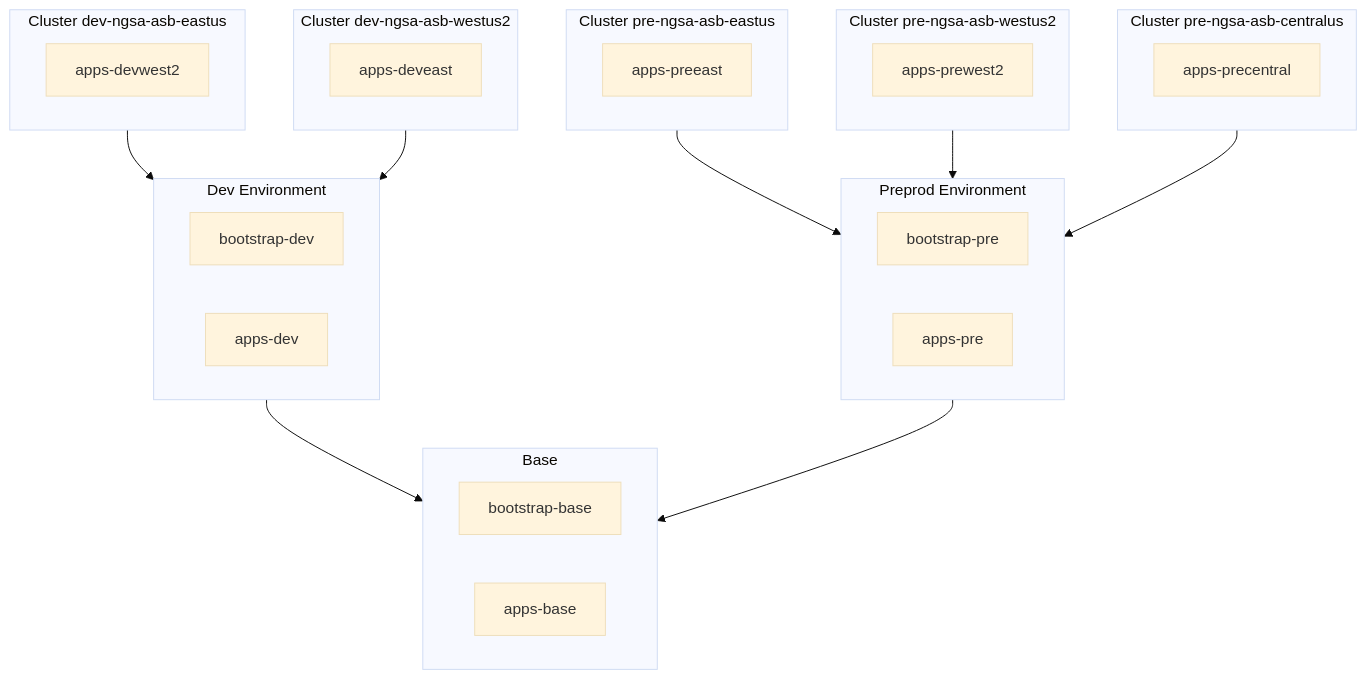
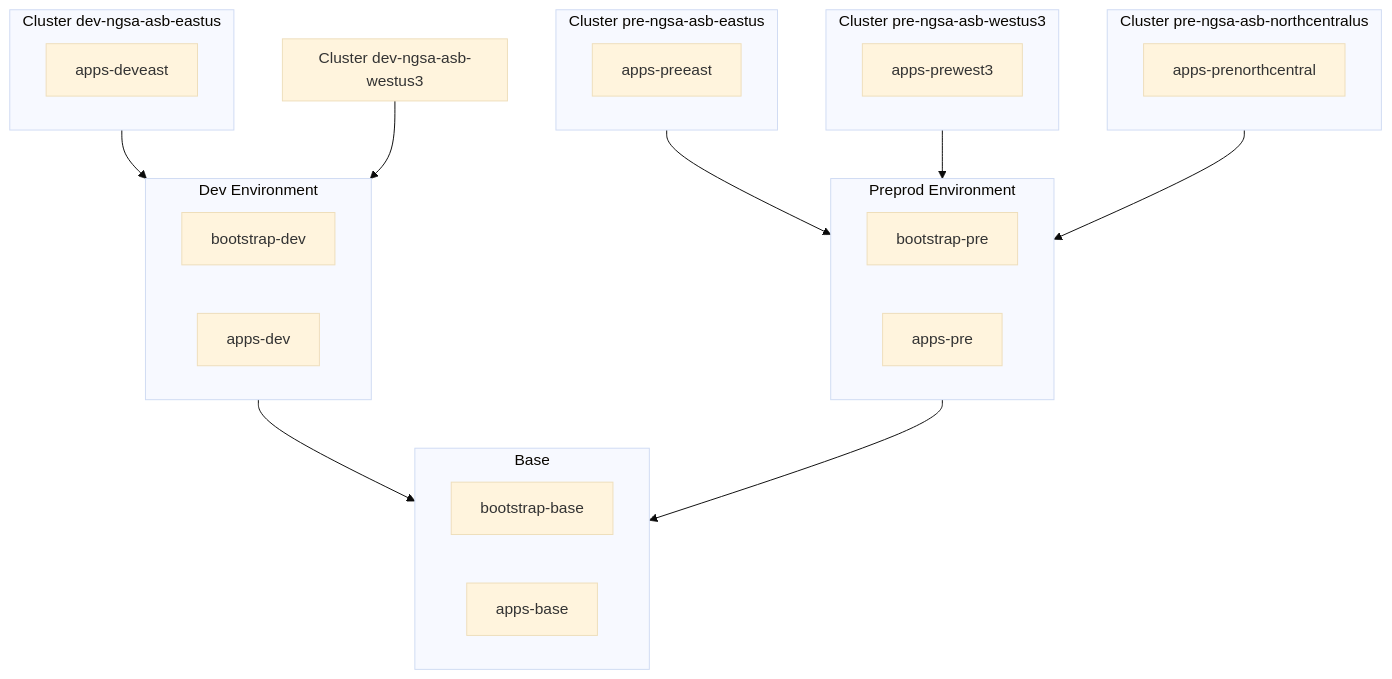
Before and after one commit to retaildevcrews/ngsa-asb: the diagram in docs/NGSAKustomizations.md, drawn with Mermaid (base theme). The commit also changed 117 other files, not shown here.

Commit message:
Changed westus2 to westus3 and centralus to northcentralus

````diff
--- a/docs/NGSAKustomizations.md
+++ b/docs/NGSAKustomizations.md
@@ -13,46 +13,46 @@
 ```mermaid
 
 flowchart TD
     subgraph Base
         direction LR
         bootstrap-base
         apps-base
     end
     subgraph environment-dev[Dev Environment]
         direction LR
         bootstrap-dev
         apps-dev
     end
     subgraph environment-pre[Preprod Environment]
         direction LR
         bootstrap-pre
         apps-pre
     end
     subgraph dev-ngsa-asb-eastus[Cluster dev-ngsa-asb-eastus]
         direction LR
-        apps-devwest2
+        apps-deveast
     end     
-    subgraph dev-ngsa-asb-westus2[Cluster dev-ngsa-asb-westus2]
+    subgraph dev-ngsa-asb-westus3[Cluster dev-ngsa-asb-westus3]
         direction LR
         apps-deveast
     end
-    subgraph pre-ngsa-asb-centralus[Cluster pre-ngsa-asb-centralus]
+    subgraph pre-ngsa-asb-northcentralus[Cluster pre-ngsa-asb-northcentralus]
         direction LR
-        apps-precentral
+        apps-prenorthcentral
     end
     subgraph pre-ngsa-asb-eastus[Cluster pre-ngsa-asb-eastus]
         direction LR
         apps-preeast
     end
-    subgraph pre-ngsa-asb-westus2[Cluster pre-ngsa-asb-westus2]
+    subgraph pre-ngsa-asb-westus3[Cluster pre-ngsa-asb-westus3]
         direction LR
-        apps-prewest2
+        apps-prewest3
     end
     dev-ngsa-asb-eastus --> environment-dev
-    dev-ngsa-asb-westus2 --> environment-dev
+    dev-ngsa-asb-westus3 --> environment-dev
     pre-ngsa-asb-eastus --> environment-pre
-    pre-ngsa-asb-westus2 --> environment-pre
-    pre-ngsa-asb-centralus --> environment-pre
+    pre-ngsa-asb-westus3 --> environment-pre
+    pre-ngsa-asb-northcentralus --> environment-pre
     environment-dev --> Base
     environment-pre --> Base 
 ```
````
